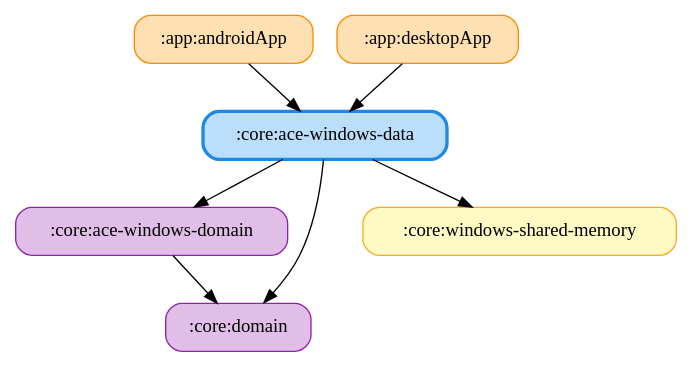
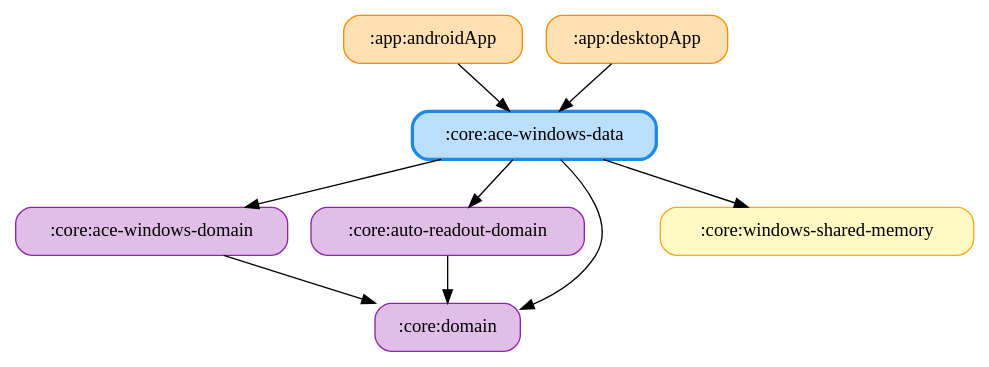
Before and after one commit to ai-kurou/KoDriver: the diagram in docs/graphs/core-ace-windows-data.gv, drawn with Graphviz. The commit also changed 48 other files, not shown here.

Commit message:
chore: update module graph images

```diff
--- a/docs/graphs/core-ace-windows-data.gv
+++ b/docs/graphs/core-ace-windows-data.gv
@@ -1,16 +1,19 @@
 digraph G {
   rankdir=TB
   node [shape=box, style="rounded,filled"]
   ":app:androidApp" [fillcolor="#FFE0B2", color="#FB8C00", penwidth=1]
   ":app:desktopApp" [fillcolor="#FFE0B2", color="#FB8C00", penwidth=1]
   ":core:ace-windows-data" [fillcolor="#BBDEFB", color="#1E88E5", penwidth=2.5]
   ":core:ace-windows-domain" [fillcolor="#E1BEE7", color="#8E24AA", penwidth=1]
+  ":core:auto-readout-domain" [fillcolor="#E1BEE7", color="#8E24AA", penwidth=1]
   ":core:domain" [fillcolor="#E1BEE7", color="#8E24AA", penwidth=1]
   ":core:windows-shared-memory" [fillcolor="#FFF9C4", color="#F9A825", penwidth=1]
   ":app:androidApp" -> ":core:ace-windows-data"
   ":app:desktopApp" -> ":core:ace-windows-data"
   ":core:ace-windows-data" -> ":core:domain"
   ":core:ace-windows-data" -> ":core:ace-windows-domain"
+  ":core:ace-windows-data" -> ":core:auto-readout-domain"
   ":core:ace-windows-data" -> ":core:windows-shared-memory"
   ":core:ace-windows-domain" -> ":core:domain"
+  ":core:auto-readout-domain" -> ":core:domain"
 }
```
